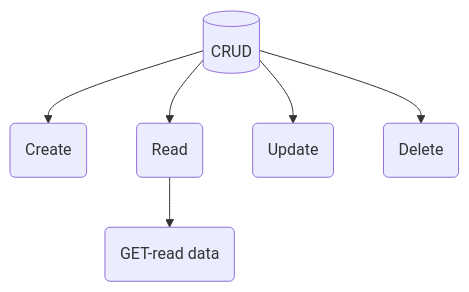
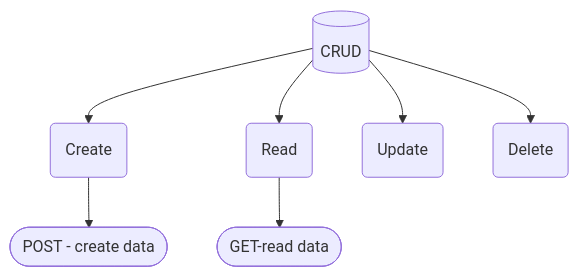
Before and after one commit to shrsyc/google_sheets_DB: the diagram in README.md, drawn with Mermaid.

````diff
--- a/README.md
+++ b/README.md
@@ -5,8 +5,9 @@
 ```mermaid
 graph TD;
     id1[(CRUD)]-->id2(Create);
     id1-->id3(Read);
     id1-->id4(Update);
     id1-->id5(Delete);
-    id3-->id6(GET-read data); 
+    id3-->id6([GET-read data]);
+    id2-->id7([POST - create data]);
 ```
````
